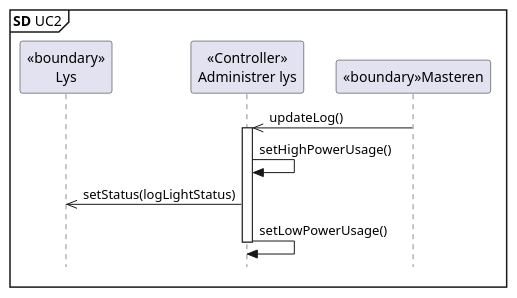
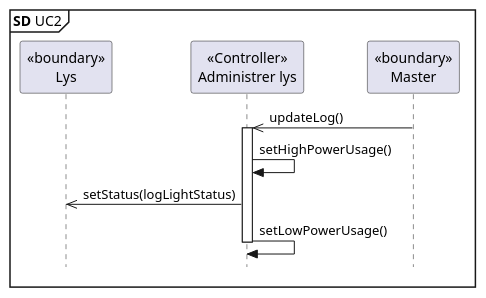
Before and after one commit to Tukkel/Projekt_2: the diagram in Updated SysML/Software Arkitektur-Design/UC2 AM/SD UC2.puml, drawn with PlantUML.

Commit message:
opdateret masteren

```diff
--- a/Updated SysML/Software Arkitektur-Design/UC2 AM/SD UC2.puml
+++ b/Updated SysML/Software Arkitektur-Design/UC2 AM/SD UC2.puml
@@ -1,17 +1,17 @@
 @startuml SD UC2
 skinparam style strictuml
 
 mainframe **SD** UC2
 
 participant "<<boundary>>\nLys" as L
 participant "<<Controller>>\nAdministrer lys" as AL
-participant "<<boundary>>Masteren" as M
+participant "<<boundary>>\nMaster" as M
 
 M ->> AL : updateLog()
 activate AL
 AL -> AL : setHighPowerUsage()
 AL ->> L : setStatus(logLightStatus)
 AL -> AL : setLowPowerUsage()
 
 deactivate AL
 @enduml
```
